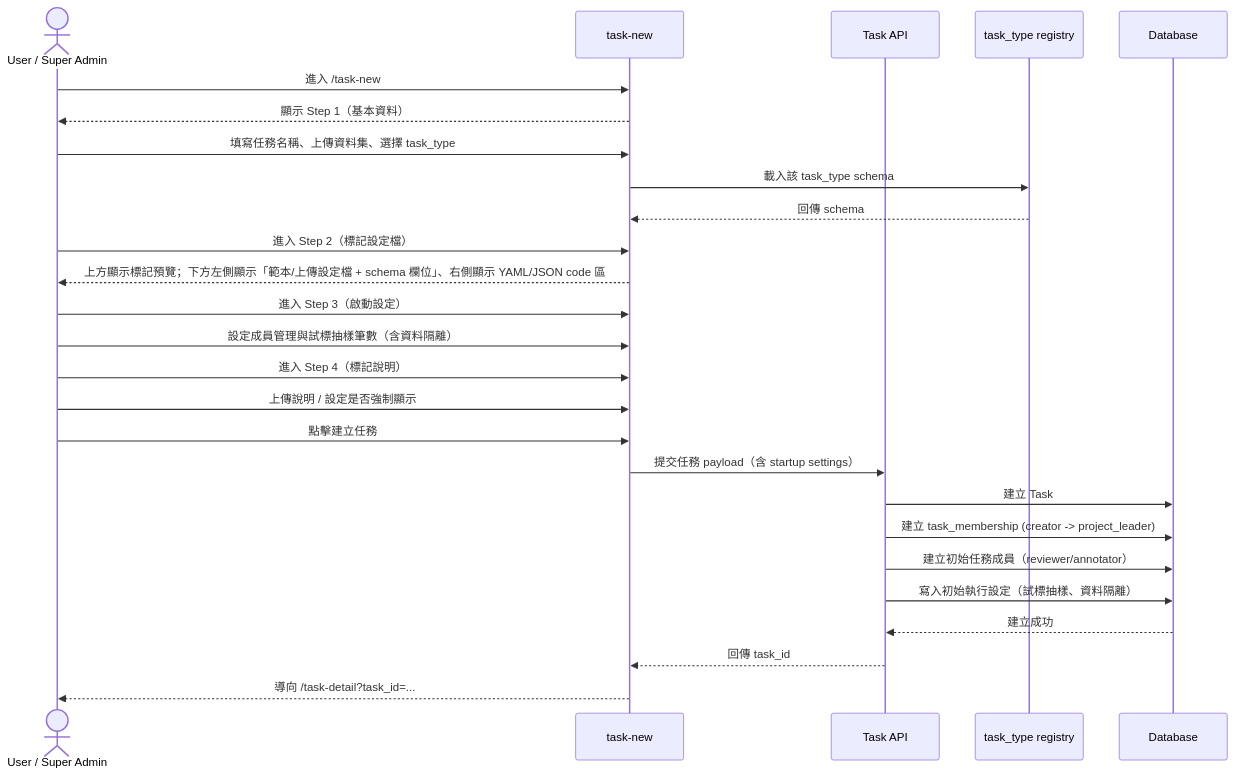
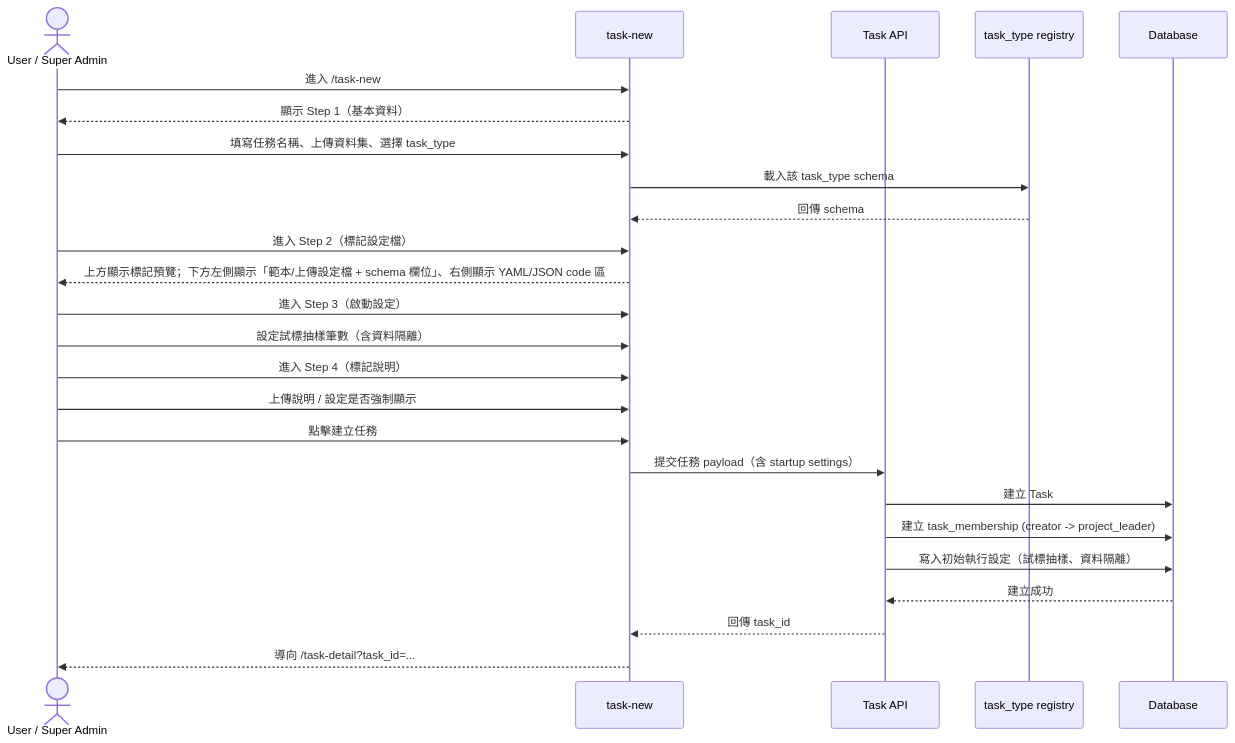
The first of 2 diagrams in specs/task-management/013-task-new/spec.md (singyichen/label-suite), drawn with Mermaid before and after one commit. The commit also changed other lines of this file and 6 other files, not shown here.

````diff
--- a/specs/task-management/013-task-new/spec.md
+++ b/specs/task-management/013-task-new/spec.md
@@ -52,34 +50,33 @@
 ```mermaid
 sequenceDiagram
     actor U as User / Super Admin
     participant UI as task-new
     participant API as Task API
     participant Registry as task_type registry
     participant DB as Database
 
     U->>UI: 進入 /task-new
     UI-->>U: 顯示 Step 1（基本資料）
 
     U->>UI: 填寫任務名稱、上傳資料集、選擇 task_type
     UI->>Registry: 載入該 task_type schema
     Registry-->>UI: 回傳 schema
 
     U->>UI: 進入 Step 2（標記設定檔）
     UI-->>U: 上方顯示標記預覽；下方左側顯示「範本/上傳設定檔 + schema 欄位」、右側顯示 YAML/JSON code 區
 
     U->>UI: 進入 Step 3（啟動設定）
-    U->>UI: 設定成員管理與試標抽樣筆數（含資料隔離）
+    U->>UI: 設定試標抽樣筆數（含資料隔離）
 
     U->>UI: 進入 Step 4（標記說明）
     U->>UI: 上傳說明 / 設定是否強制顯示
 
     U->>UI: 點擊建立任務
     UI->>API: 提交任務 payload（含 startup settings）
     API->>DB: 建立 Task
     API->>DB: 建立 task_membership (creator -> project_leader)
-    API->>DB: 建立初始任務成員（reviewer/annotator）
     API->>DB: 寫入初始執行設定（試標抽樣、資料隔離）
     DB-->>API: 建立成功
     API-->>UI: 回傳 task_id
     UI-->>U: 導向 /task-detail?task_id=...
 ```
````
